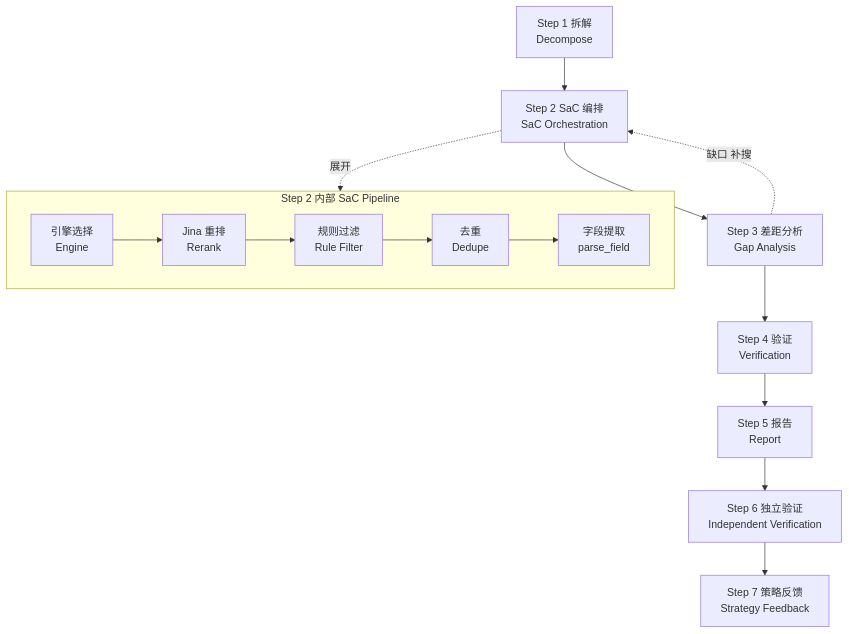
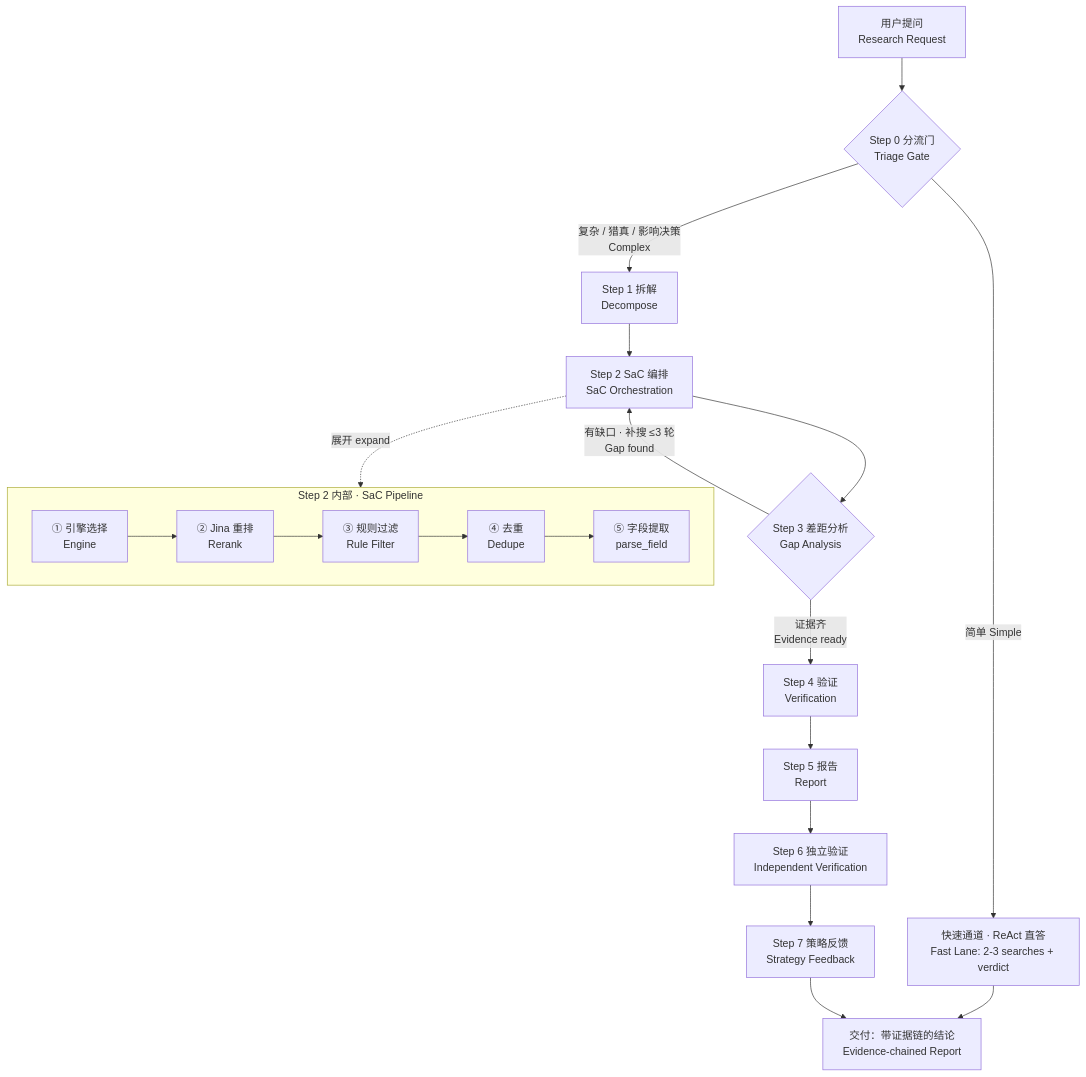
One commit to yangclay/orion-research changed the diagram in README.md. Above: the diagram before and after it, drawn with Mermaid. The commit also changed other lines of this file, not shown here.

Commit message:
README: add Step 0 triage gate to workflow diagram (fast lane vs deep path, converge to deliverable) and update feature description to v3.4 behavior

````diff
--- a/README.md
+++ b/README.md
@@ -91,19 +92,27 @@
 ```mermaid
 graph TD
-    S1["Step 1 拆解<br/>Decompose"] --> S2["Step 2 SaC 编排<br/>SaC Orchestration"]
-    S2 --> S3["Step 3 差距分析<br/>Gap Analysis"]
-    S3 --> S4["Step 4 验证<br/>Verification"]
+    Q["用户提问<br/>Research Request"] --> G{"Step 0 分流门<br/>Triage Gate"}
+
+    G -- "简单 Simple" --> F["快速通道 · ReAct 直答<br/>Fast Lane: 2-3 searches + verdict"]
+    G -- "复杂 / 猎真 / 影响决策<br/>Complex" --> S1["Step 1 拆解<br/>Decompose"]
+
+    S1 --> S2["Step 2 SaC 编排<br/>SaC Orchestration"]
+    S2 --> S3{"Step 3 差距分析<br/>Gap Analysis"}
+    S3 -- "有缺口 · 补搜 ≤3 轮<br/>Gap found" --> S2
+    S3 -- "证据齐<br/>Evidence ready" --> S4["Step 4 验证<br/>Verification"]
     S4 --> S5["Step 5 报告<br/>Report"]
     S5 --> S6["Step 6 独立验证<br/>Independent Verification"]
     S6 --> S7["Step 7 策略反馈<br/>Strategy Feedback"]
 
-    subgraph PIPE["Step 2 内部 SaC Pipeline"]
-        E1["引擎选择<br/>Engine"] --> E2["Jina 重排<br/>Rerank"]
-        E2 --> E3["规则过滤<br/>Rule Filter"]
-        E3 --> E4["去重<br/>Dedupe"]
-        E4 --> E5["字段提取<br/>parse_field"]
+    subgraph PIPE["Step 2 内部 · SaC Pipeline"]
+        E1["① 引擎选择<br/>Engine"] --> E2["② Jina 重排<br/>Rerank"]
+        E2 --> E3["③ 规则过滤<br/>Rule Filter"]
+        E3 --> E4["④ 去重<br/>Dedupe"]
+        E4 --> E5["⑤ 字段提取<br/>parse_field"]
     end
 
-    S2 -. "展开" .-> PIPE
-    S3 -. "缺口 补搜" .-> S2
+    S2 -. "展开 expand" .-> PIPE
+
+    F --> D["交付：带证据链的结论<br/>Evidence-chained Report"]
+    S7 --> D
 ```
````
